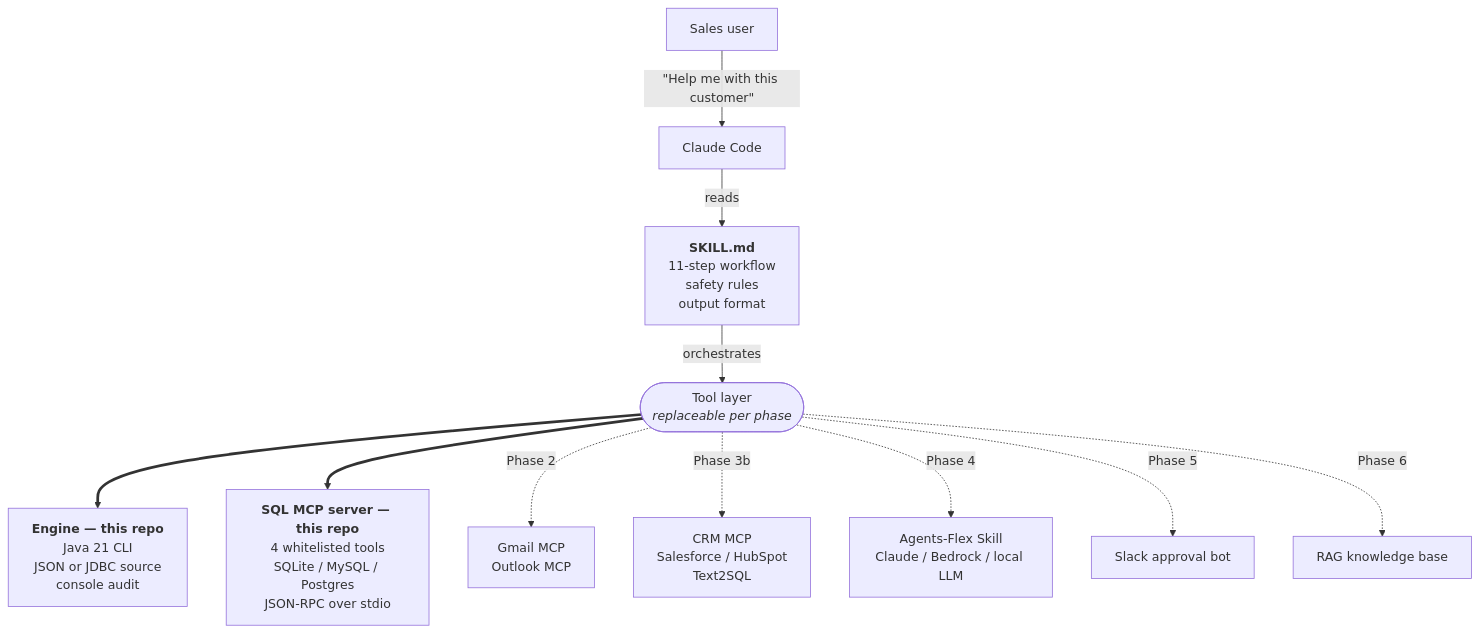
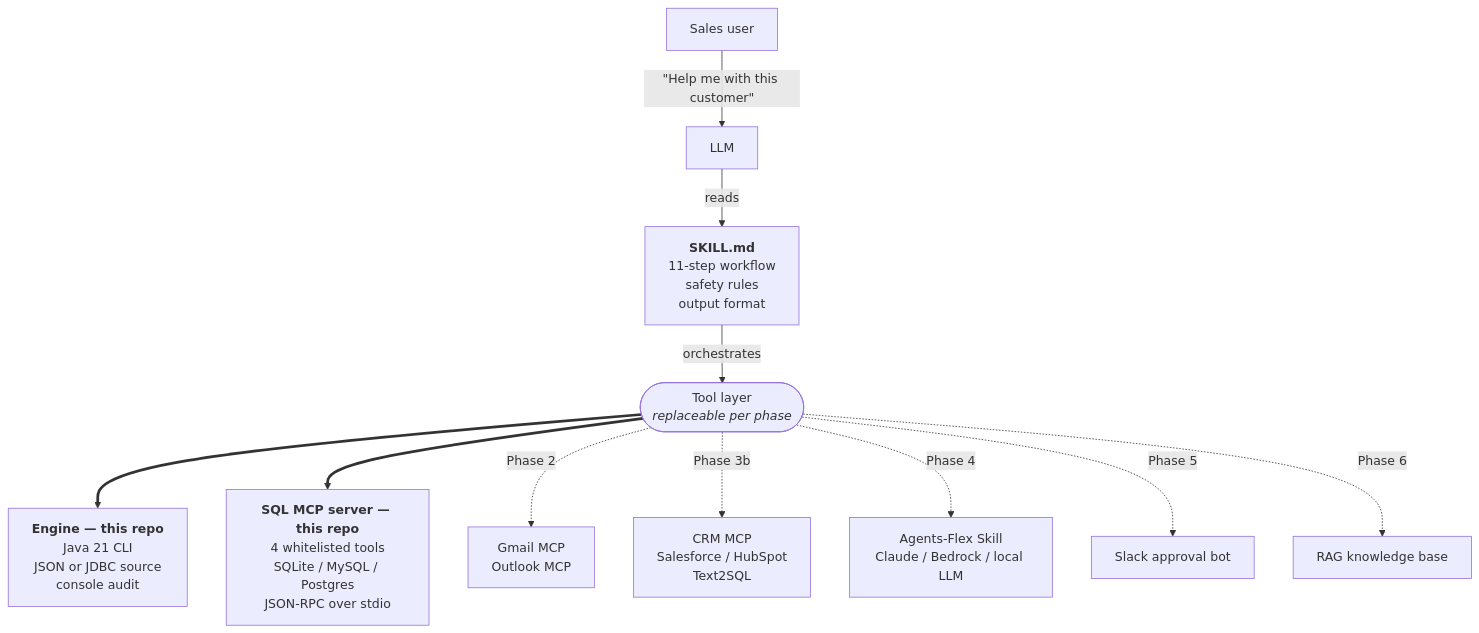
One commit to xup6jammy/Sales-AI changed the first of 3 diagrams in README.md. Above: the diagram before and after it, drawn with Mermaid. The commit also changed other lines of this file and 5 other files, not shown here.

First line of the commit message:
docs: replace Claude Code with LLM in flowchart nodes

````diff
--- a/README.md
+++ b/README.md
@@ -82,14 +82,14 @@
 ```mermaid
 flowchart TD
-    user["Sales user"] -->|"&quot;Help me with this customer&quot;"| cc["Claude Code"]
+    user["Sales user"] -->|"&quot;Help me with this customer&quot;"| cc["LLM"]
     cc -->|reads| skill["<b>SKILL.md</b><br/>11-step workflow<br/>safety rules<br/>output format"]
     skill -->|orchestrates| tools(["Tool layer<br/><i>replaceable per phase</i>"])
 
     tools ==> mvp["<b>Engine — this repo</b><br/>Java 21 CLI<br/>JSON or JDBC source<br/>console audit"]
     tools ==> mcp["<b>SQL MCP server — this repo</b><br/>4 whitelisted tools<br/>SQLite / MySQL / Postgres<br/>JSON-RPC over stdio"]
     tools -.->|Phase 2| email["Gmail MCP<br/>Outlook MCP"]
     tools -.->|Phase 3b| crm["CRM MCP<br/>Salesforce / HubSpot<br/>Text2SQL"]
     tools -.->|Phase 4| llm["Agents-Flex Skill<br/>Claude / Bedrock / local LLM"]
     tools -.->|Phase 5| approve["Slack approval bot"]
     tools -.->|Phase 6| rag["RAG knowledge base"]
 ```
````
